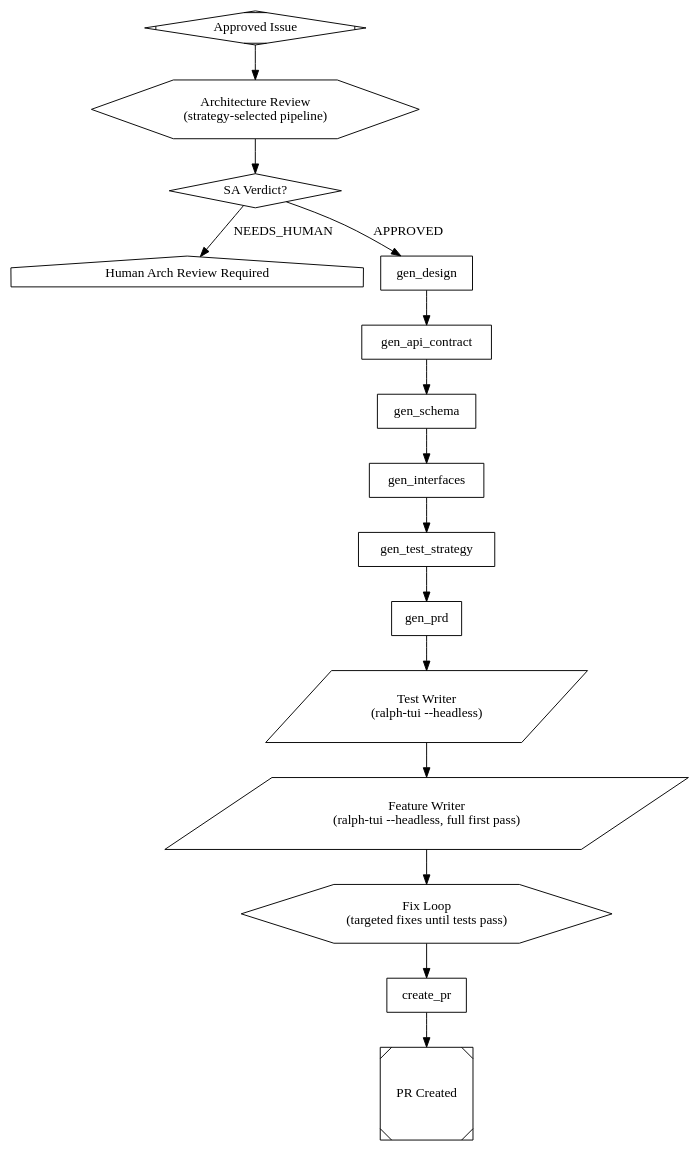
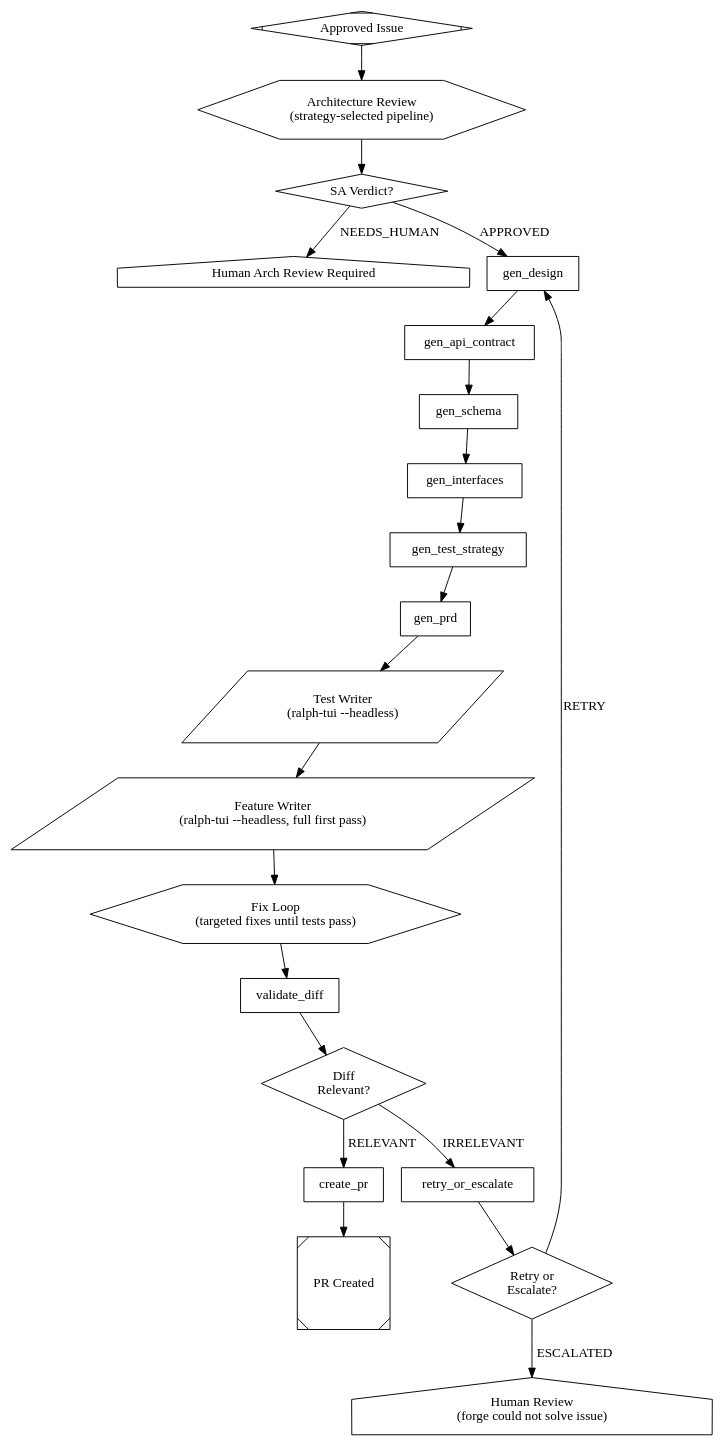
The diagram in pipelines/dark_forge.dot (ardrodus/dark-fac), drawn with Graphviz before and after one commit. The commit also changed 2 other files, not shown here.

Commit message:
fix: prevent PRs with unrelated changes — diff validation + branch reset
Three fixes for Dark Factory creating PRs with changes that don't address
the issue:

1. _ensure_branch() now deletes stale issue branches and creates fresh
   from default branch HEAD. No more carrying over old state.

2. create_pr prompt uses selective staging instead of git add -A. Agent
   reviews each file and only stages issue-relevant changes.

3. New validate_diff gate before PR creation. Compares the diff against
   the issue — RELEVANT proceeds, IRRELEVANT retries once (loops back
   to gen_design), then escalates to human review with a GitHub comment.

New verdict keywords: RELEVANT, IRRELEVANT, RETRY, ESCALATED (plus
planned Obelisk keywords: FIXABLE, INFRASTRUCTURE, FIXED, etc.)

```diff
--- a/pipelines/dark_forge.dot
+++ b/pipelines/dark_forge.dot
@@ -1,130 +1,164 @@
 // Dark Forge: TDD Pipeline
 //
 // The build engine of Dark Factory. Takes an approved issue through
 // spec generation, PRD splitting, and ralph-tui driven TDD execution.
 //
 // Flow:
 //   1. Spec generation: design → api → schema → interfaces → test strategy
 //   2. gen_prd: separates specs into test + feature, generates PRD JSON for each
 //   3. test_writer: ralph-tui run test PRD (completes first)
 //   4. feature_writer_loop: ralph-tui run feature PRD, loop until tests pass
 
 digraph dark_forge {
     graph [
         goal="Transform an approved GitHub issue into merged PRs via spec generation + TDD"
     ]
 
     // --- Entry ---
     start [shape=Mdiamond, label="Approved Issue"]
 
     // ===========================================
     // Architecture Review (external pipeline)
     // Currently bypassed for dev testing.
     // ===========================================
 
     arch_review [
         shape=hexagon,
         label="Architecture Review\n(strategy-selected pipeline)",
         child_graph="dark_factory/pipelines/arch_review_${strategy}.dot",
         max_iterations=2,
         max_retries=2
     ]
 
     arch_verdict [shape=diamond, label="SA Verdict?"]
     arch_needs_human [shape=house, label="Human Arch Review Required"]
 
     // ===========================================
     // Specification Generation
     //
     // Sequential spec pipeline: each step builds on the previous.
     // All specs saved to .dark-factory/specs/{issue_number}/
     // ===========================================
 
     gen_design [
         shape=box,
         prompt="You are the Design Agent. Given this GitHub issue and codebase:\n\nIssue:\n$issue\n\nWorkspace: $workspace\n\nGenerate a Technical Design Document covering:\n- Architecture decisions (with rationale)\n- Component changes (new/modified/removed)\n- Data model changes\n- API changes\n- Risks and mitigations\n\nReference existing codebase patterns from the workspace.\nOutput as structured markdown.\nWrite output to .dark-factory/specs/$issue_number/design.md"
     ]
 
     gen_api_contract [
         shape=box,
         prompt="You are the API Contract Generator.\n\nRead the technical design document at: $gen_design_path\n\nAuto-detect the contract type from the codebase at $workspace:\n- OpenAPI for REST APIs\n- GraphQL schema for GraphQL\n- Protobuf for gRPC\n- CLI spec for command-line tools\n\nGenerate the appropriate contract spec with endpoints, request/response schemas, error codes.\nWrite output to .dark-factory/specs/$issue_number/api-contract.yaml"
     ]
 
     gen_schema [
         shape=box,
         prompt="You are the Schema Generator.\n\nRead the technical design document at: $gen_design_path\n\nDetect the database type from the codebase at $workspace (PostgreSQL, MySQL, SQLite, MongoDB, etc.).\nGenerate:\n- DDL for new tables/columns\n- Migration scripts for changes\n- Index recommendations\n\nWrite output to .dark-factory/specs/$issue_number/schema.sql"
     ]
 
     gen_interfaces [
         shape=box,
         prompt="You are the Interface Generator.\n\nRead the technical design document at: $gen_design_path\n\nGenerate language-appropriate typed interface definitions:\n- TypeScript: interfaces/types\n- Python: Protocol classes\n- Go: interfaces\n- Rust: traits\n- Java: interfaces\n\nDetect the language from the codebase at $workspace.\nWrite output to .dark-factory/specs/$issue_number/interfaces/"
     ]
 
     gen_test_strategy [
         shape=box,
         prompt="You are the Test Strategy Generator.\n\nWorkspace: $workspace\n\nRead these artifacts:\n- Design: $gen_design_path\n- API Contract: $gen_api_contract_path\n- Schema: $gen_schema_path\n- Interfaces: $gen_interfaces_path\n\nExplore the existing test suite in $workspace to understand current patterns.\n\nGenerate a test strategy covering:\n- Unit tests: what to test, expected assertions\n- Integration tests: component interactions\n- E2E tests: user-facing flows\n- Fixtures and mocks needed\n- Coverage targets\n- Existing tests that may be affected\n\nWrite output to .dark-factory/specs/$issue_number/test-strategy.md"
     ]
 
     // ===========================================
     // PRD Generation -- Separates into Test + Feature PRDs
     //
     // Reads all spec artifacts, separates test vs feature concerns,
     // then generates ralph-tui PRD JSON for each:
     //   tasks/test-prd.json    -- test PRD (stories for test writer)
     //   tasks/feature-prd.json -- feature PRD (stories for feature writer)
     // ===========================================
 
     gen_prd [
         shape=box,
         prompt="You are the PRD Generator. Your workspace is: $workspace\n\nGitHub Issue:\n$issue\n\nRead all technical spec artifacts:\n- Design: $gen_design_path\n- API Contract: $gen_api_contract_path\n- Schema: $gen_schema_path\n- Interfaces: $gen_interfaces_path\n- Test Strategy: $gen_test_strategy_path\n\nYou must perform these steps:\n\n## Step 1: Separate test vs feature concerns\n\nCreate TWO spec documents:\n- .dark-factory/specs/$issue_number/test-spec.md -- all test-related content: test strategy, acceptance criteria, test cases, fixtures, mocks, coverage targets, edge cases.\n- .dark-factory/specs/$issue_number/feature-spec.md -- all feature/implementation content: architecture, component changes, API endpoints, database schema, interfaces, implementation steps.\n\nBoth documents must be complete and self-contained.\n\n## Step 2: Generate PRD JSON files\n\nFor EACH spec document (test-spec.md and feature-spec.md):\n1. If the document is larger than 22KB, split it into 22KB chunk files under .dark-factory/specs/$issue_number/chunks/test/ (or chunks/feature/)\n2. For each chunk (or the whole doc if small enough), generate a PRD JSON with user stories, acceptance criteria, and dependencies\n3. Merge all chunk PRDs into a single master PRD JSON\n\nWrite the final PRD files to:\n- .dark-factory/specs/$issue_number/tasks/test-prd.json\n- .dark-factory/specs/$issue_number/tasks/feature-prd.json\n\nEach PRD JSON must follow this structure:\n{\n  \"stories\": [\n    {\n      \"title\": \"story title\",\n      \"description\": \"what to implement\",\n      \"acceptance_criteria\": [\"criterion 1\", \"criterion 2\"],\n      \"dependencies\": []\n    }\n  ]\n}\n\nOutput a summary of what you created (file paths and story counts)."
     ]
 
     // ===========================================
     // Execution: TDD — Tests first, then features, then fix loop
     //
     // 1. test_writer: ralph-tui writes all tests from test PRD
     // 2. feature_writer: ralph-tui implements features from full feature PRD (first pass)
     // 3. feature_fix_loop: iterates — analyze failures, create targeted fix PRD,
     //    ralph-tui fixes only what's broken. Exits when all tests pass.
     // ===========================================
 
     test_writer [
         shape=parallelogram,
         label="Test Writer\n(ralph-tui --headless)",
         prompt="cd $workspace && ralph-tui run --prd .dark-factory/specs/$issue_number/tasks/test-prd.json --headless"
     ]
 
     feature_writer [
         shape=parallelogram,
         label="Feature Writer\n(ralph-tui --headless, full first pass)",
         prompt="cd $workspace && ralph-tui run --prd .dark-factory/specs/$issue_number/tasks/feature-prd.json --headless"
     ]
 
     feature_fix_loop [
         shape=hexagon,
         label="Fix Loop\n(targeted fixes until tests pass)",
         child_graph="dark_factory/pipelines/feature_tdd.dot",
         max_iterations=10,
         success_condition="status=completed"
     ]
 
+    // ===========================================
+    // Diff Validation — verify changes address the issue
+    //
+    // Before creating a PR, validate that the workspace diff is
+    // actually relevant to the issue. Prevents garbage PRs from
+    // stale workspace state or failed spec generation.
+    // ===========================================
+
+    validate_diff [
+        shape=box,
+        prompt="You are the Dark Forge diff validator.\n\nWorkspace: $workspace\nIssue: $issue\n\nBefore creating a PR, validate that the changes actually address the issue.\n\n1. Run: cd $workspace && git diff --stat\n2. Run: cd $workspace && git diff\n3. Read the issue title and description\n4. For each changed file, assess: does this change contribute to solving the issue?\n5. If the diff is empty, or contains only unrelated changes (internal artifacts, infrastructure, files not mentioned in specs), output IRRELEVANT\n6. If the diff contains meaningful implementation changes that address the issue, output RELEVANT\n\nOutput the single word: RELEVANT or IRRELEVANT"
+    ]
+
+    diff_verdict [shape=diamond, label="Diff\nRelevant?"]
+
+    // On IRRELEVANT: check retry count, either loop back or escalate.
+    retry_or_escalate [
+        shape=box,
+        prompt="You are the Dark Forge retry controller.\n\nWorkspace: $workspace\nIssue: $issue\n\nThe diff validation found the changes do not address the issue.\n\nCheck the retry marker at: $workspace/.dark-factory/specs/$issue_number/retry-count.txt\n\n- If the file does not exist or contains '0': This is the first failure.\n  Write '1' to the retry marker file.\n  Reset the workspace: cd $workspace && git checkout -- . && git clean -fd\n  Output the single word: RETRY\n\n- If the file contains '1' or higher: This is the second failure.\n  Post a comment on the GitHub issue explaining that Dark Factory attempted\n  to solve the issue twice but could not produce relevant code changes.\n  Include what the pipeline tried (read specs from $workspace/.dark-factory/specs/$issue_number/)\n  and why the diff was irrelevant.\n  Run: gh issue comment $issue_number --body '<explanation>'\n  Output the single word: ESCALATED"
+    ]
+
+    retry_verdict [shape=diamond, label="Retry or\nEscalate?"]
+    forge_failed [shape=house, label="Human Review\n(forge could not solve issue)"]
+
     // --- PR Creation ---
     create_pr [
         shape=box,
-        prompt="You are the PR creation agent.\n\nWorkspace: $workspace\nIssue: $issue\n\nAll tests pass. Create a pull request for the changes.\n\n1. Review the git diff to understand what was changed\n2. Create a clear, descriptive commit message referencing issue #$issue_number\n3. Push to a feature branch: feature/$issue_number\n4. Create a PR with:\n   - Title referencing the issue\n   - Summary of changes (design decisions, files modified, test coverage)\n   - Link to the original issue\n   - Label: dark-forge\n\nRun in $workspace:\n  git checkout -b feature/$issue_number\n  git add -A && git commit -m 'feat: <description> (#$issue_number)'\n  git push -u origin feature/$issue_number\n  gh pr create --title '<description> (#$issue_number)' --label dark-forge\n\nOutput the PR URL."
+        prompt="You are the PR creation agent.\n\nWorkspace: $workspace\nIssue: $issue\n\nAll tests pass and the diff has been validated as relevant. Create a pull request.\n\n1. Run: cd $workspace && git diff --name-only to see what changed\n2. Review each changed file — only stage files that implement the feature or fix for issue #$issue_number\n3. Do NOT stage files under .dark-factory/ (these are internal pipeline artifacts)\n4. Do NOT stage files unrelated to the issue\n5. Stage only relevant files: git add <file1> <file2> ...\n6. Create a clear commit: git commit -m 'feat: <description> (#$issue_number)'\n7. Push to a feature branch:\n   git checkout -b feature/$issue_number\n   git push -u origin feature/$issue_number\n8. Create a PR with:\n   - Title referencing the issue\n   - Summary of changes (design decisions, files modified, test coverage)\n   - Link to the original issue\n   - Label: dark-forge\n\nRun in $workspace:\n  gh pr create --title '<description> (#$issue_number)' --label dark-forge\n\nOutput the PR URL."
     ]
 
     done [shape=Msquare, label="PR Created"]
 
     // --- Flow ---
     // Architecture review first, then spec generation, then TDD execution
     start -> arch_review -> arch_verdict
     arch_verdict -> gen_design [label="APPROVED"]
     arch_verdict -> arch_needs_human [label="NEEDS_HUMAN"]
 
     // Spec generation
     gen_design -> gen_api_contract -> gen_schema -> gen_interfaces -> gen_test_strategy -> gen_prd
 
-    // Execute: tests first, full feature pass, targeted fix loop, then PR
-    gen_prd -> test_writer -> feature_writer -> feature_fix_loop -> create_pr -> done
+    // Execute: tests first, full feature pass, targeted fix loop
+    gen_prd -> test_writer -> feature_writer -> feature_fix_loop
+
+    // Diff validation: verify changes address the issue before PR
+    feature_fix_loop -> validate_diff -> diff_verdict
+    diff_verdict -> create_pr [label="RELEVANT"]
+    diff_verdict -> retry_or_escalate [label="IRRELEVANT"]
+    retry_or_escalate -> retry_verdict
+    retry_verdict -> gen_design [label="RETRY"]
+    retry_verdict -> forge_failed [label="ESCALATED"]
+
+    create_pr -> done
 }
```
